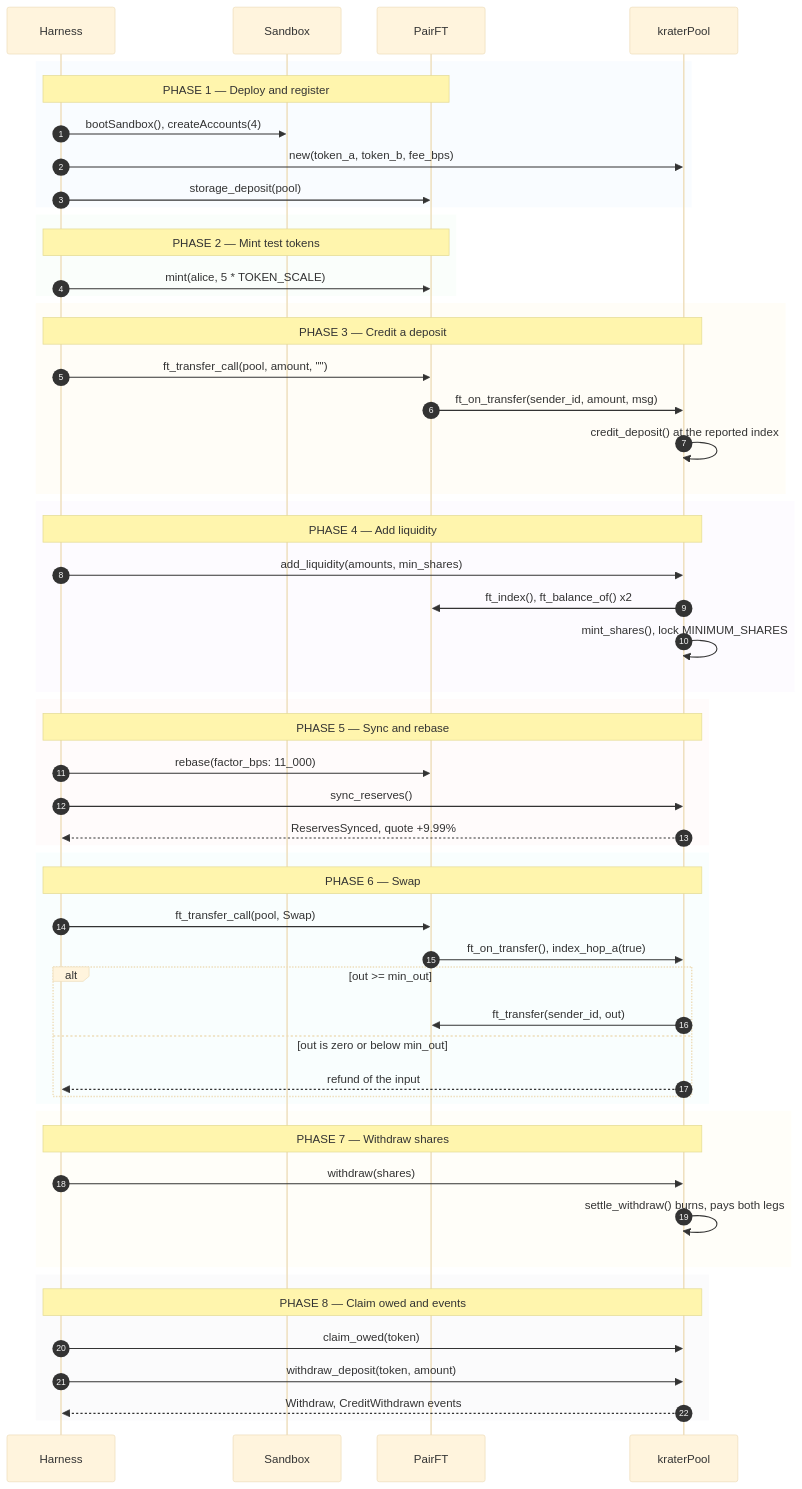
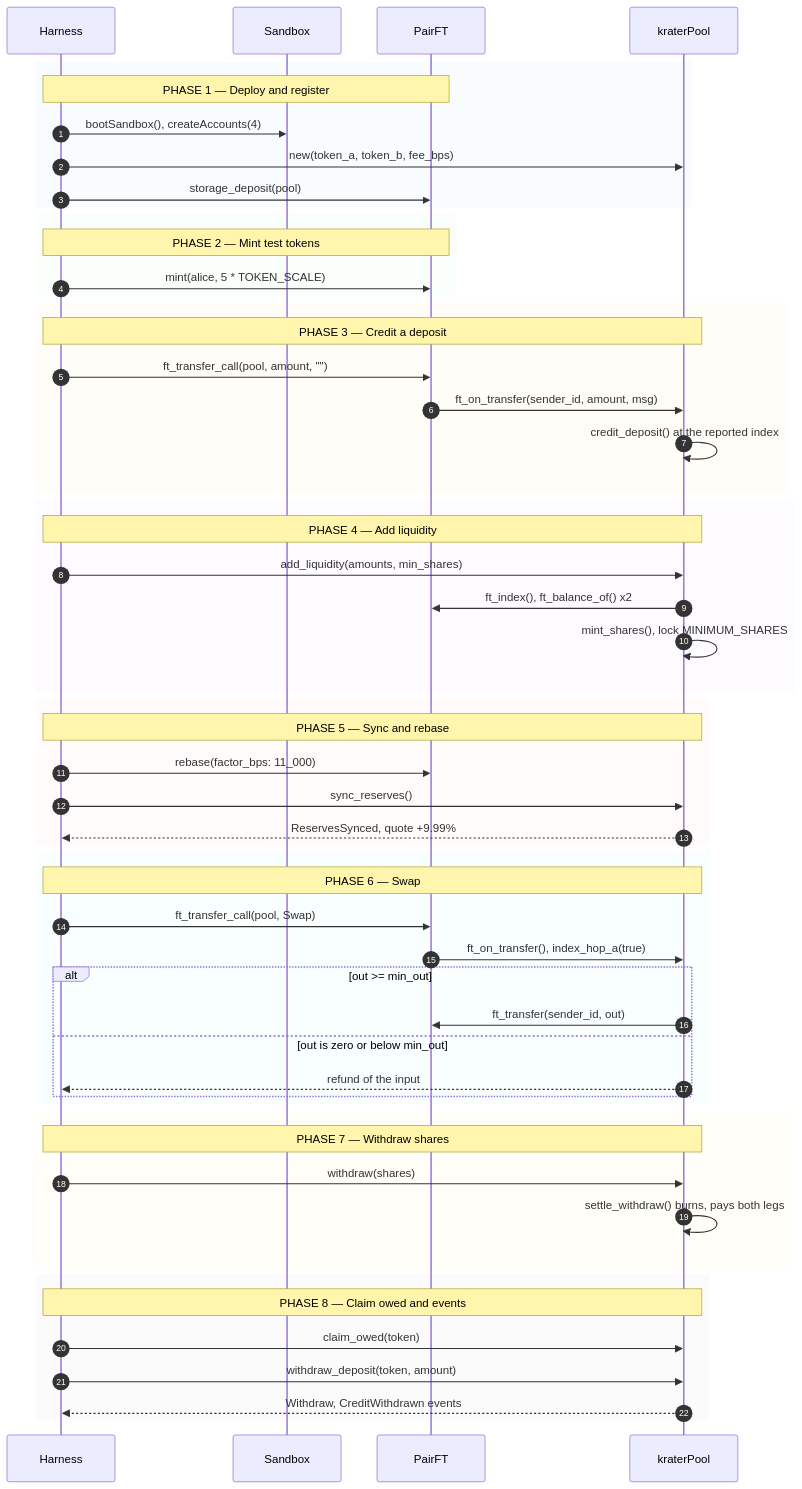
Before and after one commit to amolikpe-bit/reserve-backed-liquidity-pool: the diagram in README.md, drawn with Mermaid.

Commit message:
docs(krater): let diagram follow the reader theme

````diff
--- a/README.md
+++ b/README.md
@@ -4,60 +4,59 @@
 ```mermaid
-%%{init: {"theme":"base","themeVariables":{"fontSize":"14px"}}}%%
 sequenceDiagram
     accTitle: krater runtime flow
     accDescr: Harness drives the sandbox: deploy, mint, deposit, add liquidity, rebase, swap, withdraw, claim.
     autonumber
     participant S as Harness
     participant C as Sandbox
     participant FT as PairFT
     participant P as kraterPool
     rect rgba(226,238,255,0.20)
     Note over S,FT: PHASE 1 — Deploy and register
     S->>C: bootSandbox(), createAccounts(4)
     S->>P: new(token_a, token_b, fee_bps)
     S->>FT: storage_deposit(pool)
     end
     rect rgba(230,247,235,0.20)
     Note over S,FT: PHASE 2 — Mint test tokens
     S->>FT: mint(alice, 5 * TOKEN_SCALE)
     end
     rect rgba(255,244,214,0.20)
     Note over S,P: PHASE 3 — Credit a deposit
     S->>FT: ft_transfer_call(pool, amount, "")
     FT->>P: ft_on_transfer(sender_id, amount, msg)
     P->>P: credit_deposit() at the reported index
     end
     rect rgba(243,232,255,0.20)
     Note over S,P: PHASE 4 — Add liquidity
     S->>P: add_liquidity(amounts, min_shares)
     P->>FT: ft_index(), ft_balance_of() x2
     P->>P: mint_shares(), lock MINIMUM_SHARES
     end
     rect rgba(255,232,232,0.20)
     Note over S,P: PHASE 5 — Sync and rebase
     S->>FT: rebase(factor_bps: 11_000)
     S->>P: sync_reserves()
     P-->>S: ReservesSynced, quote +9.99%
     end
     rect rgba(224,247,250,0.20)
     Note over S,P: PHASE 6 — Swap
     S->>FT: ft_transfer_call(pool, Swap)
     FT->>P: ft_on_transfer(), index_hop_a(true)
     alt out >= min_out
     P->>FT: ft_transfer(sender_id, out)
     else out is zero or below min_out
     P-->>S: refund of the input
     end
     end
     rect rgba(255,248,225,0.20)
     Note over S,P: PHASE 7 — Withdraw shares
     S->>P: withdraw(shares)
     P->>P: settle_withdraw() burns, pays both legs
     end
     rect rgba(233,236,239,0.20)
     Note over S,P: PHASE 8 — Claim owed and events
     S->>P: claim_owed(token)
     S->>P: withdraw_deposit(token, amount)
     P-->>S: Withdraw, CreditWithdrawn events
     end
 ```
````
